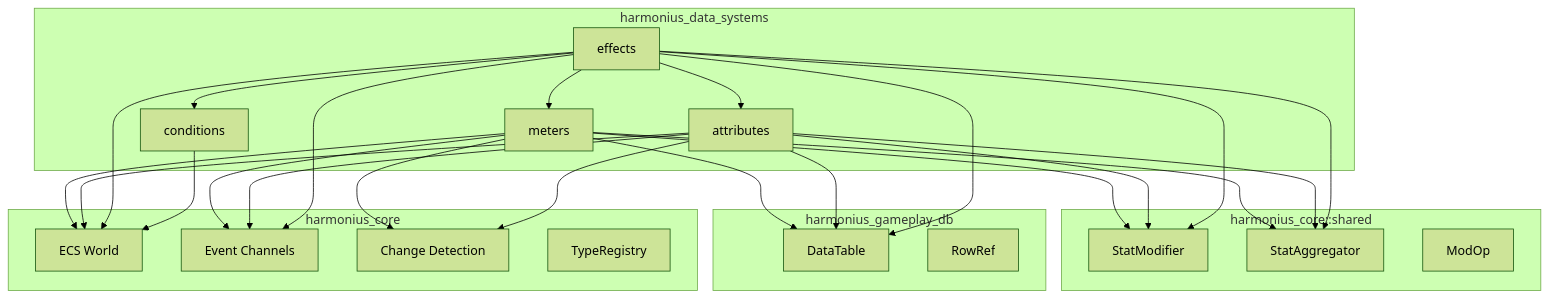
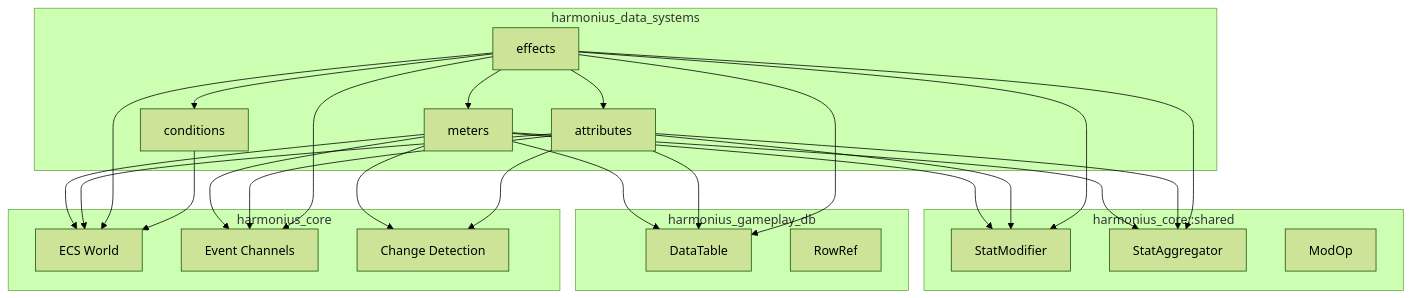
The first of 4 diagrams in docs/design/data-systems/attributes-effects.md (harmonius-dev/harmonius), drawn with Mermaid (forest theme) before and after one commit. The commit also changed other lines of this file and 174 other files, not shown here.

````diff
--- a/docs/design/data-systems/attributes-effects.md
+++ b/docs/design/data-systems/attributes-effects.md
@@ -78,51 +77,50 @@
 ```mermaid
 graph TD
     subgraph data_systems["harmonius_data_systems"]
         ME[meters]
         AT[attributes]
         FX[effects]
         CO[conditions]
     end
 
     subgraph shared["harmonius_core::shared"]
         SM[StatModifier]
         SA[StatAggregator]
         MO[ModOp]
     end
 
     subgraph db["harmonius_gameplay_db"]
         DT[DataTable]
         RR[RowRef]
     end
 
     subgraph core["harmonius_core"]
         ECS[ECS World]
         EV[Event Channels]
         CD[Change Detection]
-        TR[TypeRegistry]
     end
 
     ME --> SM
     ME --> SA
     AT --> SM
     AT --> SA
     FX --> SM
     FX --> SA
     FX --> ME
     FX --> AT
     FX --> CO
 
     ME --> DT
     AT --> DT
     FX --> DT
 
     ME --> ECS
     AT --> ECS
     FX --> ECS
     ME --> EV
     AT --> EV
     FX --> EV
     ME --> CD
     AT --> CD
     CO --> ECS
 ```
````
